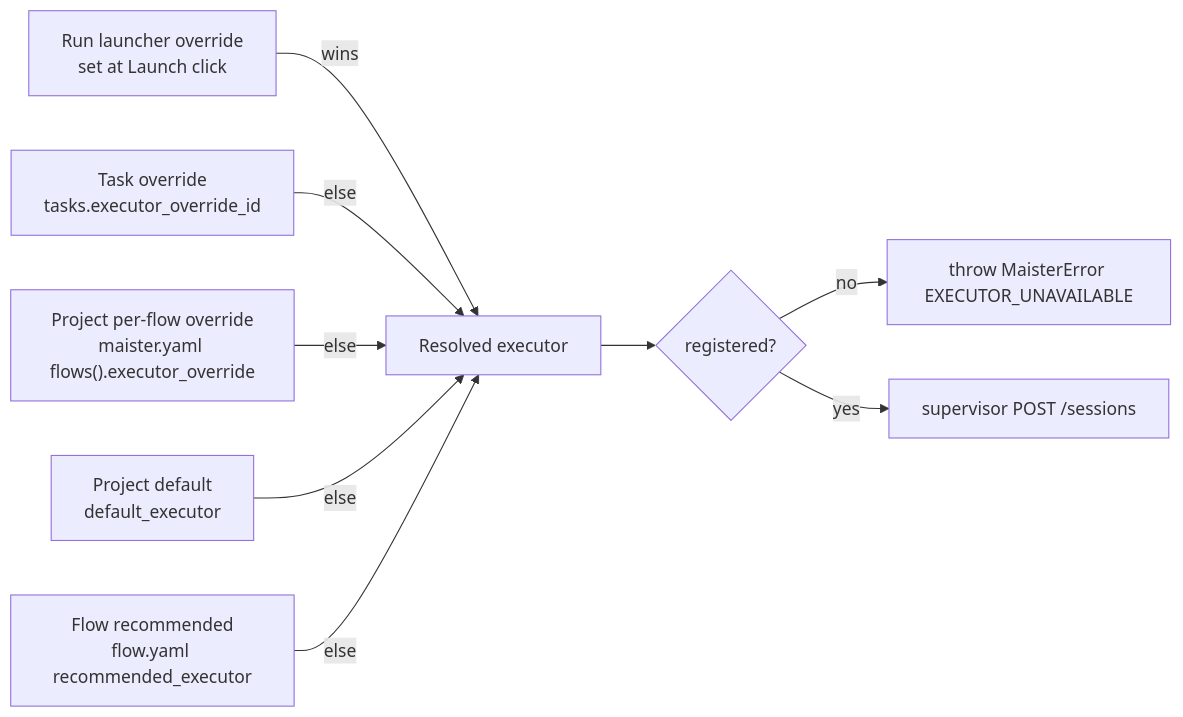
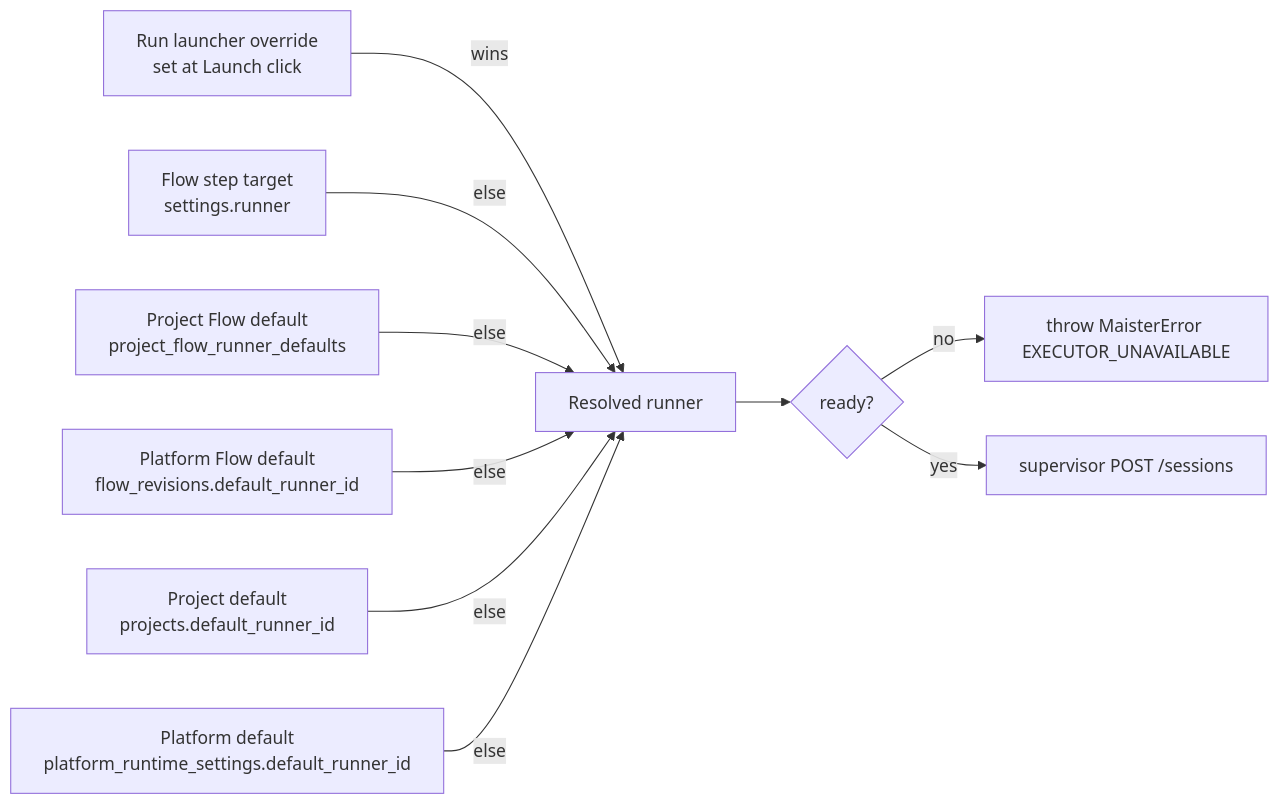
Before and after one commit to maister-dev/maister: the fifth of 5 diagrams in docs/system-analytics/flows.md, drawn with Mermaid. The commit also changed other lines of this file and 212 other files, not shown here.

First line of the commit message:
feat(acp): add platform runner configuration

````diff
--- a/docs/system-analytics/flows.md
+++ b/docs/system-analytics/flows.md
@@ -157,11 +157,12 @@
 ```mermaid
 flowchart LR
     A["Run launcher override<br/>set at Launch click"] -->|wins| Resolved
-    B["Task override<br/>tasks.executor_override_id"] -->|else| Resolved
-    C["Project per-flow override<br/>maister.yaml flows().executor_override"] -->|else| Resolved
-    D["Project default<br/>default_executor"] -->|else| Resolved
-    E["Flow recommended<br/>flow.yaml recommended_executor"] -->|else| Resolved
-    Resolved["Resolved executor"] --> Check{registered?}
+    B["Flow step target<br/>settings.runner"] -->|else| Resolved
+    C["Project Flow default<br/>project_flow_runner_defaults"] -->|else| Resolved
+    D["Platform Flow default<br/>flow_revisions.default_runner_id"] -->|else| Resolved
+    E["Project default<br/>projects.default_runner_id"] -->|else| Resolved
+    F["Platform default<br/>platform_runtime_settings.default_runner_id"] -->|else| Resolved
+    Resolved["Resolved runner"] --> Check{ready?}
     Check -- no --> Err["throw MaisterError EXECUTOR_UNAVAILABLE"]
     Check -- yes --> OK["supervisor POST /sessions"]
 ```
````
